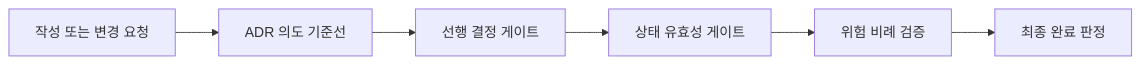
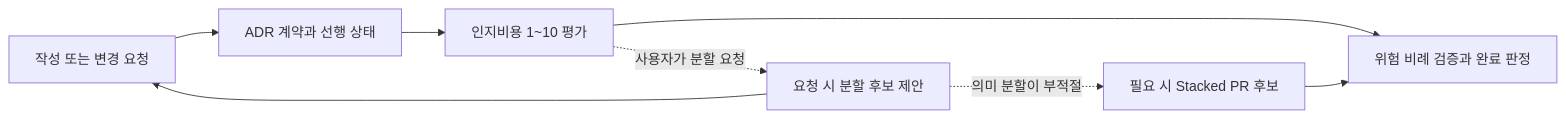
One commit to haandol/alps-writer-mcp changed the diagram in docs/adr/delivery/development-flow/0001-safe-proportional-development-gates.md. Above: the diagram before and after it, drawn with Mermaid. The commit also changed other lines of this file and 62 other files, not shown here.

````diff
--- a/docs/adr/delivery/development-flow/0001-safe-proportional-development-gates.md
+++ b/docs/adr/delivery/development-flow/0001-safe-proportional-development-gates.md
@@ -29,11 +33,15 @@
 ```mermaid
 flowchart LR
     Input[작성 또는 변경 요청]
-    Intent[ADR 의도 기준선]
-    Prerequisite[선행 결정 게이트]
-    Valid[상태 유효성 게이트]
-    Verify[위험 비례 검증]
-    Complete[최종 완료 판정]
+    Safety[ADR 계약과 선행 상태]
+    Assess[인지비용 1~10 평가]
+    Suggest[요청 시 분할 후보 제안]
+    Stack[필요 시 Stacked PR 후보]
+    Verify[위험 비례 검증과 완료 판정]
 
-    Input --> Intent --> Prerequisite --> Valid --> Verify --> Complete
+    Input --> Safety --> Assess --> Verify
+    Assess -. 사용자가 분할 요청 .-> Suggest
+    Suggest -. 의미 분할이 부적절 .-> Stack
+    Suggest --> Input
+    Stack --> Verify
 ```
````
